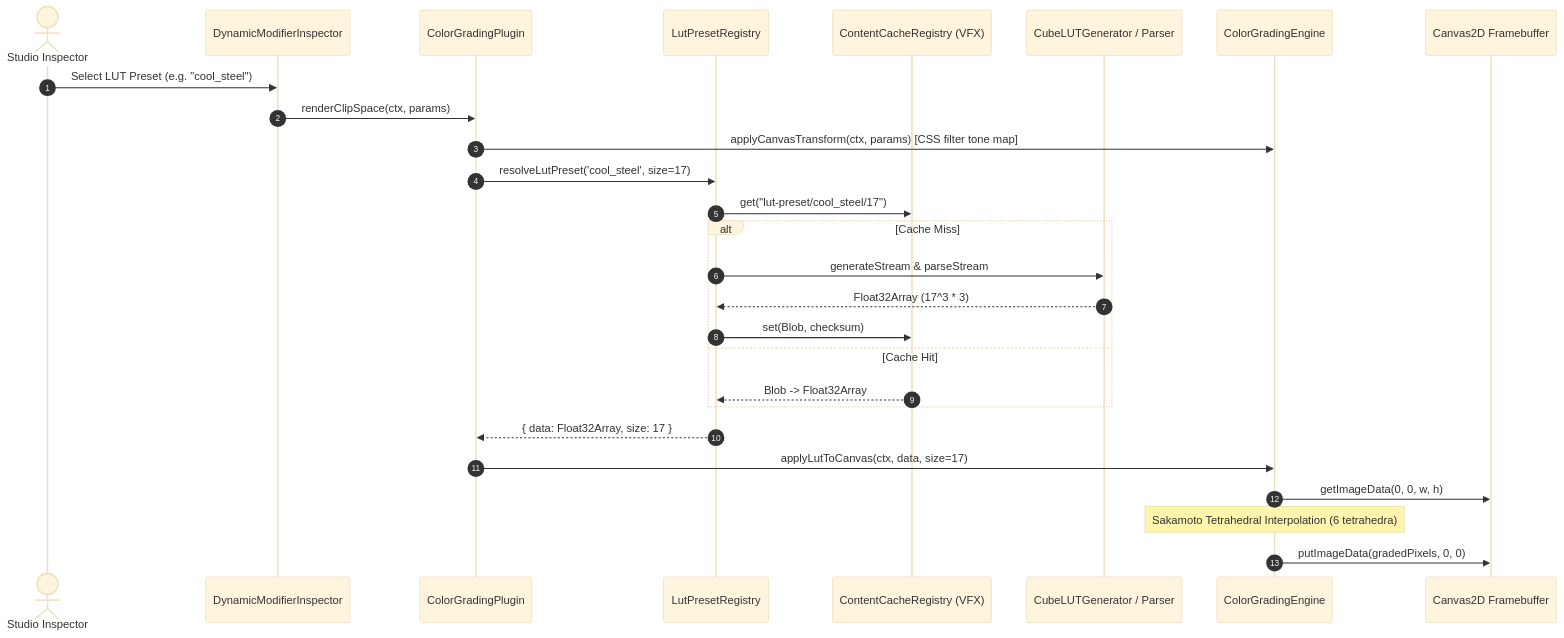
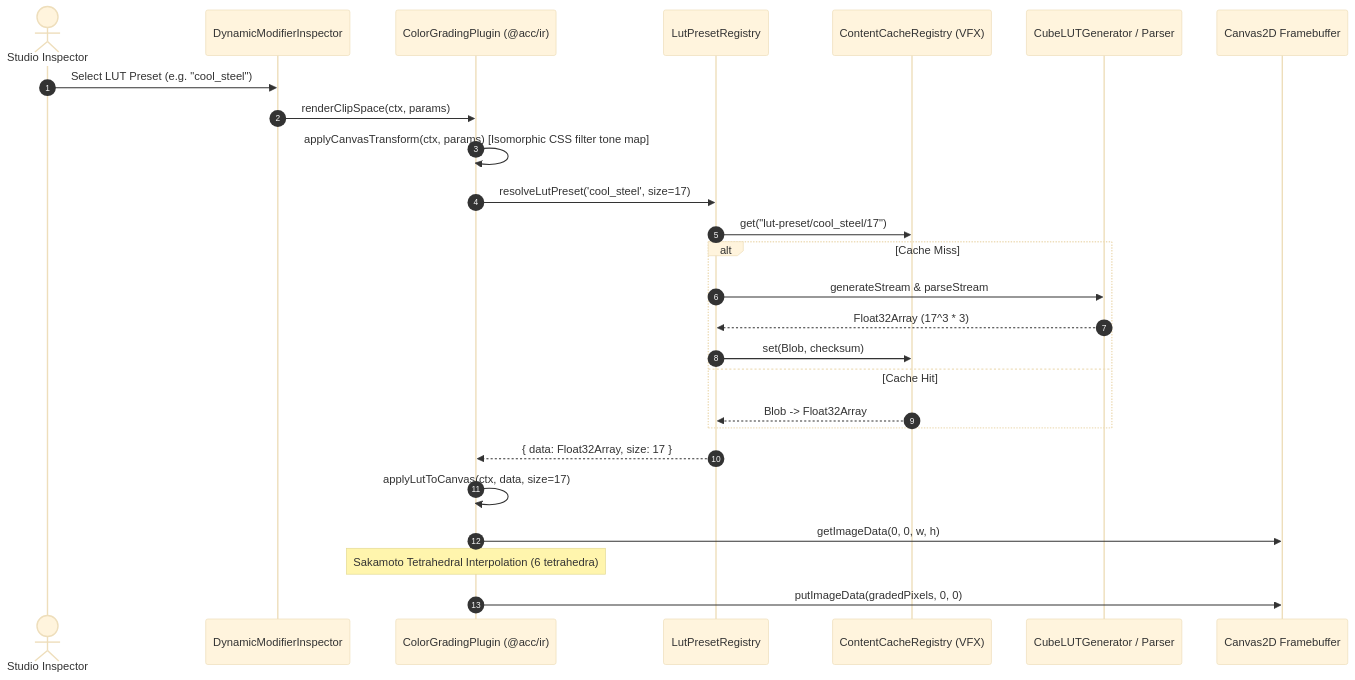
One commit to tamanle23/acc changed the diagram in apps/studio/doc/walkthrough_54.md. Above: the diagram before and after it, drawn with Mermaid (base theme). The commit also changed other lines of this file and 3 other files, not shown here.

Commit message:
refactor(ir): remove ColorGradingEngine import and encapsulate all color grading logic into ColorGradingPlugin

````diff
--- a/apps/studio/doc/walkthrough_54.md
+++ b/apps/studio/doc/walkthrough_54.md
@@ -14,30 +14,29 @@
 ```mermaid
 sequenceDiagram
     autonumber
     actor User as Studio Inspector
     participant Inspector as DynamicModifierInspector
-    participant Plugin as ColorGradingPlugin
+    participant Plugin as ColorGradingPlugin (@acc/ir)
     participant Registry as LutPresetRegistry
     participant Cache as ContentCacheRegistry (VFX)
     participant Generator as CubeLUTGenerator / Parser
-    participant Engine as ColorGradingEngine
     participant Canvas as Canvas2D Framebuffer
 
     User->>Inspector: Select LUT Preset (e.g. "cool_steel")
     Inspector->>Plugin: renderClipSpace(ctx, params)
-    Plugin->>Engine: applyCanvasTransform(ctx, params) [CSS filter tone map]
+    Plugin->>Plugin: applyCanvasTransform(ctx, params) [Isomorphic CSS filter tone map]
     Plugin->>Registry: resolveLutPreset('cool_steel', size=17)
     Registry->>Cache: get("lut-preset/cool_steel/17")
     alt Cache Miss
         Registry->>Generator: generateStream & parseStream
         Generator-->>Registry: Float32Array (17^3 * 3)
         Registry->>Cache: set(Blob, checksum)
     else Cache Hit
         Cache-->>Registry: Blob -> Float32Array
     end
     Registry-->>Plugin: { data: Float32Array, size: 17 }
-    Plugin->>Engine: applyLutToCanvas(ctx, data, size=17)
-    Engine->>Canvas: getImageData(0, 0, w, h)
-    Note over Engine: Sakamoto Tetrahedral Interpolation (6 tetrahedra)
-    Engine->>Canvas: putImageData(gradedPixels, 0, 0)
+    Plugin->>Plugin: applyLutToCanvas(ctx, data, size=17)
+    Plugin->>Canvas: getImageData(0, 0, w, h)
+    Note over Plugin: Sakamoto Tetrahedral Interpolation (6 tetrahedra)
+    Plugin->>Canvas: putImageData(gradedPixels, 0, 0)
 ```
````
